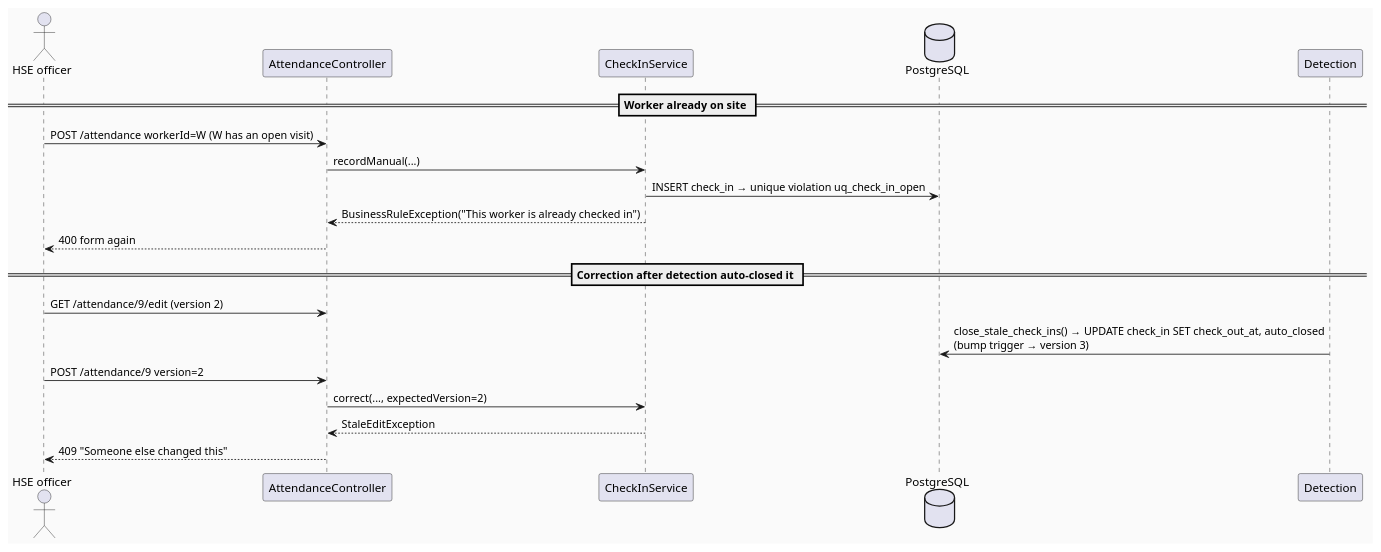
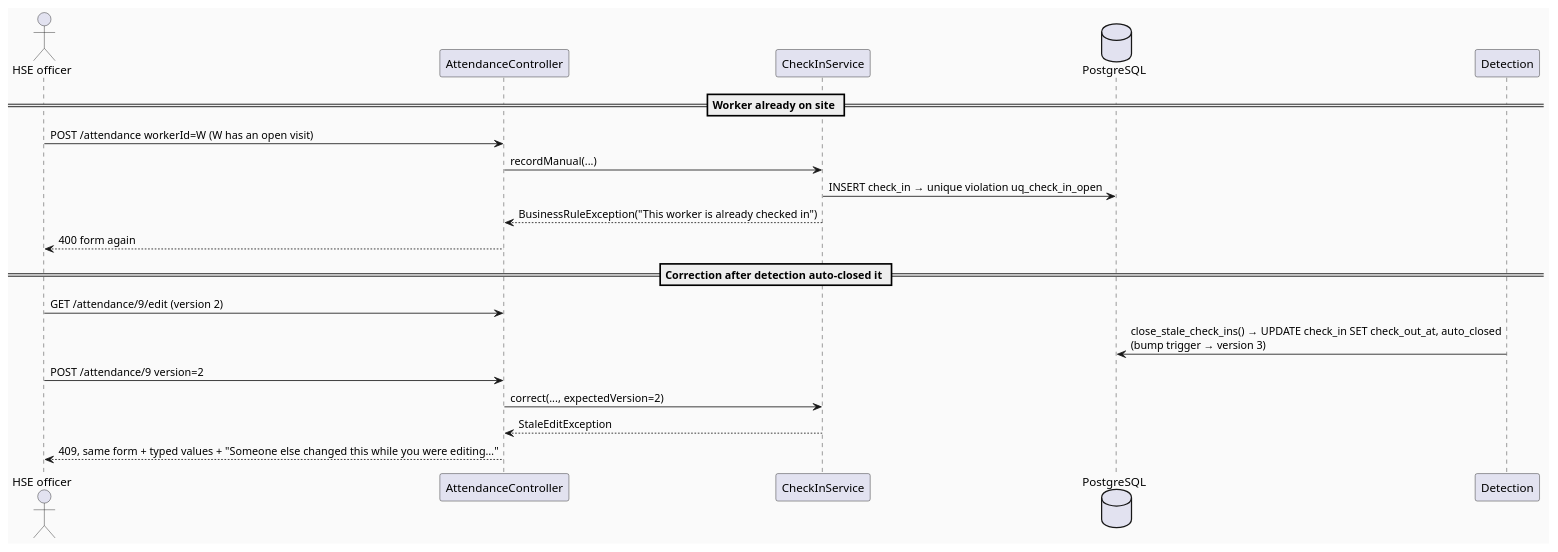
Before and after one commit to OwOchiii/steelsight_erp: the third of 5 diagrams in 03_implement/STEELSIGHT-ATT-IMP-001_TDS.md, drawn with PlantUML. The commit also changed other lines of this file and 50 other files, not shown here.

````diff
--- a/03_implement/STEELSIGHT-ATT-IMP-001_TDS.md
+++ b/03_implement/STEELSIGHT-ATT-IMP-001_TDS.md
@@ -316,25 +317,25 @@
 ```plantuml
 @startuml ATT_SequenceDiagram_ErrorPath
 skinparam backgroundColor #FAFAFA
 actor "HSE officer" as H
 participant "AttendanceController" as Ctl
 participant "CheckInService" as S
 database "PostgreSQL" as DB
 participant "Detection" as D
 
 == Worker already on site ==
 H -> Ctl : POST /attendance workerId=W (W has an open visit)
 Ctl -> S : recordManual(...)
 S -> DB : INSERT check_in → unique violation uq_check_in_open
 S --> Ctl : BusinessRuleException("This worker is already checked in")
 Ctl --> H : 400 form again
 
 == Correction after detection auto-closed it ==
 H -> Ctl : GET /attendance/9/edit (version 2)
 D -> DB : close_stale_check_ins() → UPDATE check_in SET check_out_at, auto_closed\n(bump trigger → version 3)
 H -> Ctl : POST /attendance/9 version=2
 Ctl -> S : correct(..., expectedVersion=2)
 S --> Ctl : StaleEditException
-Ctl --> H : 409 "Someone else changed this"
+Ctl --> H : 409, same form + typed values + "Someone else changed this while you were editing…"
 @enduml
 ```
````
